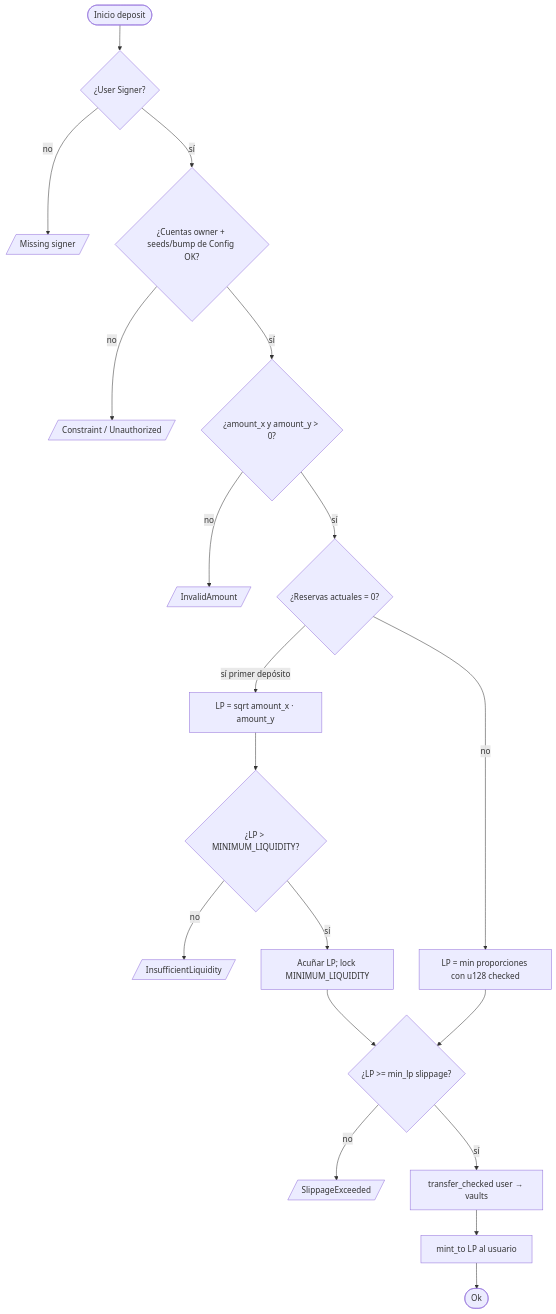
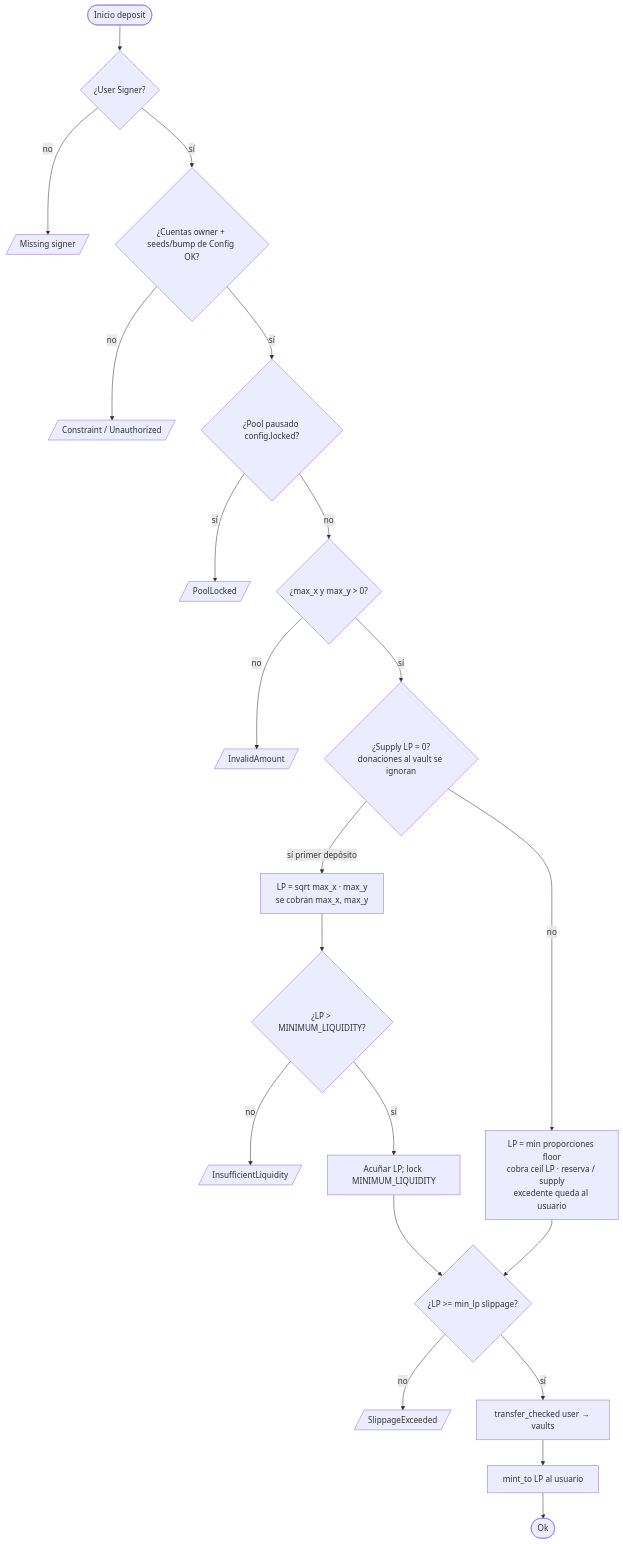
The second of 6 diagrams in doc/flujograma-ES.md (rastrahm/solana-amm-anchor), drawn with Mermaid before and after one commit. The commit also changed other lines of this file and 29 other files, not shown here.

````diff
--- a/doc/flujograma-ES.md
+++ b/doc/flujograma-ES.md
@@ -33,21 +37,23 @@
 ```mermaid
 flowchart TD
     A([Inicio deposit]) --> B{¿User Signer?}
     B -->|no| E1[/Missing signer/]
     B -->|sí| C{¿Cuentas owner + seeds/bump de Config OK?}
     C -->|no| E2[/Constraint / Unauthorized/]
-    C -->|sí| D{¿amount_x y amount_y > 0?}
+    C -->|sí| PL{¿Pool pausado config.locked?}
+    PL -->|sí| E6[/PoolLocked/]
+    PL -->|no| D{¿max_x y max_y > 0?}
     D -->|no| E3[/InvalidAmount/]
-    D -->|sí| E{¿Reservas actuales = 0?}
-    E -->|sí primer depósito| F[LP = sqrt amount_x · amount_y]
+    D -->|sí| E{¿Supply LP = 0?<br/>donaciones al vault se ignoran}
+    E -->|sí primer depósito| F[LP = sqrt max_x · max_y<br/>se cobran max_x, max_y]
     F --> G{¿LP > MINIMUM_LIQUIDITY?}
     G -->|no| E4[/InsufficientLiquidity/]
     G -->|sí| H[Acuñar LP; lock MINIMUM_LIQUIDITY]
-    E -->|no| I[LP = min proporciones con u128 checked]
+    E -->|no| I[LP = min proporciones floor<br/>cobra ceil LP · reserva / supply<br/>excedente queda al usuario]
     I --> J{¿LP >= min_lp slippage?}
     H --> J
     J -->|no| E5[/SlippageExceeded/]
     J -->|sí| K[transfer_checked user → vaults]
     K --> L[mint_to LP al usuario]
     L --> M([Ok])
 ```
````
